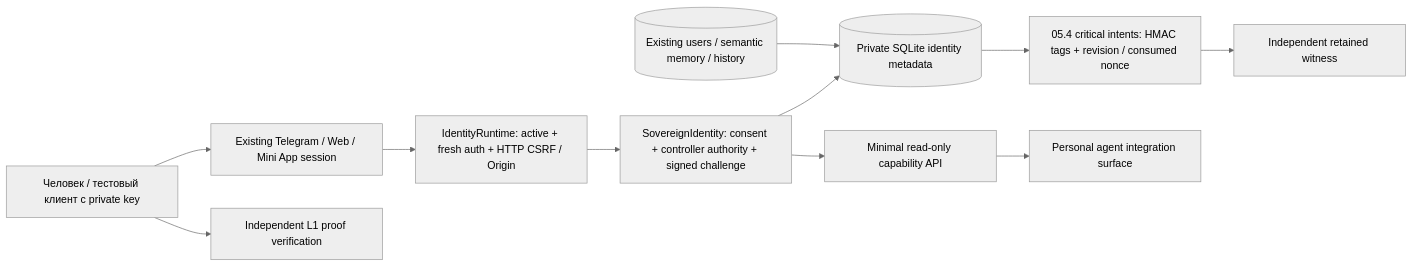
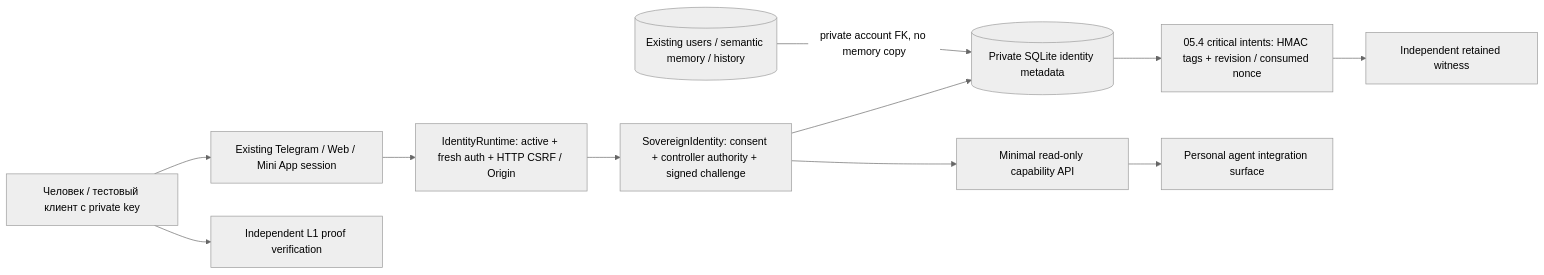
One commit to xBLAGO/space changed the diagram in docs/BLAGO_FOUNDATION_07_1.md. Above: the diagram before and after it, drawn with Mermaid (neutral theme). The commit also changed other lines of this file and 2 other files, not shown here.

````diff
--- a/docs/BLAGO_FOUNDATION_07_1.md
+++ b/docs/BLAGO_FOUNDATION_07_1.md
@@ -68,13 +68,13 @@
 ```mermaid
 flowchart LR
     H[Человек / тестовый клиент с private key] --> A[Existing Telegram / Web / Mini App session]
     A --> R[IdentityRuntime: active + fresh auth + HTTP CSRF / Origin]
     R --> S[SovereignIdentity: consent + controller authority + signed challenge]
     S --> D[(Private SQLite identity metadata)]
     D --> J[05.4 critical intents: HMAC tags + revision / consumed nonce]
     J --> W[Independent retained witness]
     S --> V[Minimal read-only capability API]
     V --> G[Personal agent integration surface]
-    U[(Existing users / semantic memory / history)] --> D
+    U[(Existing users / semantic memory / history)] -->|private account FK, no memory copy| D
     H --> P[Independent L1 proof verification]
 ```
````
